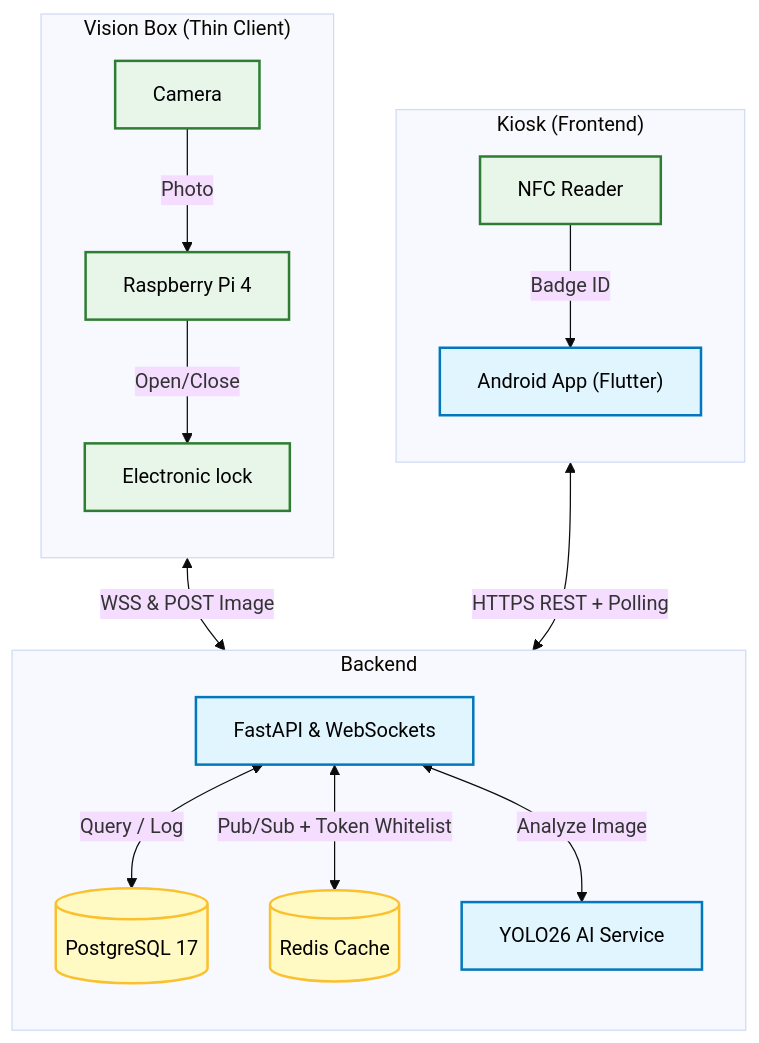
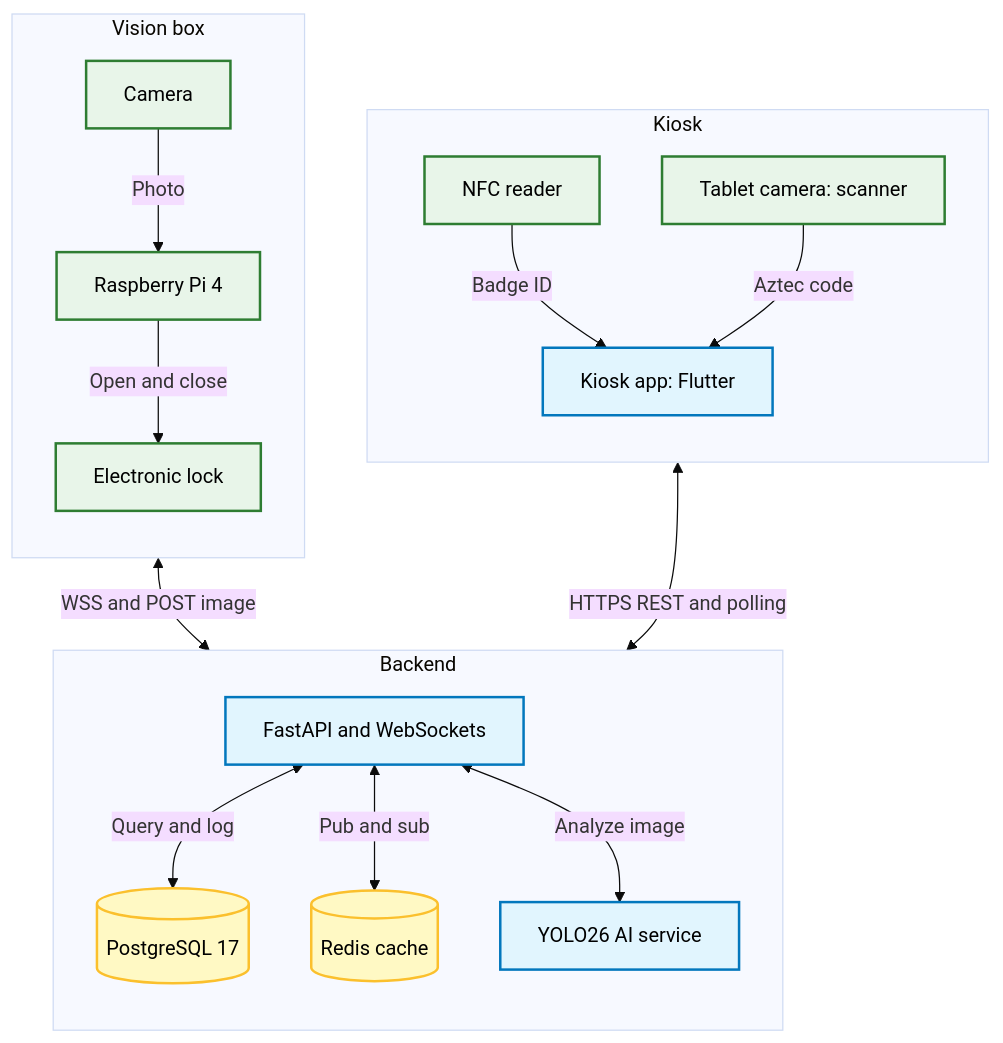
The second of 2 diagrams in docs/architecture/01_topology.md (easylend-practice-enterprise/easylend), drawn with Mermaid (base theme) before and after one commit. The commit also changed other lines of this file and 34 other files, not shown here.

First line of the commit message:
Refactor documentation and architecture for EasyLend

````diff
--- a/docs/architecture/01_topology.md
+++ b/docs/architecture/01_topology.md
@@ -51,42 +48,42 @@
 ```mermaid
 flowchart TD
     %% STYLES
     classDef soft fill:#E1F5FE,stroke:#0277BD,stroke-width:2px,color:#000;
     classDef hard fill:#E8F5E9,stroke:#2E7D32,stroke-width:2px,color:#000;
     classDef data fill:#FFF9C4,stroke:#FBC02d,stroke-width:2px,color:#000;
 
-    %% DOMAIN 1: KIOSK
-    subgraph Kiosk ["Kiosk (Frontend)"]
+    subgraph Kiosk [Kiosk]
         direction TB
-        NFC[NFC Reader]:::hard
-        App["Android App (Flutter)"]:::soft
+        NFC[NFC reader]:::hard
+        CamTab["Tablet camera: scanner"]:::hard
+        App["Kiosk app: Flutter"]:::soft
+
         NFC -->|Badge ID| App
+        CamTab -->|Aztec code| App
     end
 
-    %% DOMAIN 2: BACKEND
-    subgraph Backend ["Backend"]
+    subgraph Backend [Backend]
         direction TB
-        API["FastAPI & WebSockets"]:::soft
-        AIService["YOLO26 AI Service"]:::soft
+        API["FastAPI and WebSockets"]:::soft
+        AIService["YOLO26 AI service"]:::soft
         DB[(PostgreSQL 17)]:::data
-        Redis[(Redis Cache)]:::data
+        Redis[(Redis cache)]:::data
 
-        API <-->|"Query / Log"| DB
-        API <-->|"Pub/Sub + Token Whitelist"| Redis
-        API <-->|"Analyze Image"| AIService
+        API <-->|"Query and log"| DB
+        API <-->|"Pub and sub"| Redis
+        API <-->|"Analyze image"| AIService
     end
 
-    %% DOMAIN 3: VISION BOX
-    subgraph Box ["Vision Box (Thin Client)"]
+    subgraph Box [Vision box]
         direction TB
         RPi["Raspberry Pi 4"]:::hard
         CamBox[Camera]:::hard
-        Lock["Electronic lock"]:::hard
+        Lock[Electronic lock]:::hard
         CamBox -->|Photo| RPi
-        RPi -->|"Open/Close"| Lock
+        RPi -->|"Open and close"| Lock
     end
 
     %% CONNECTIONS
-    App <-->|"HTTPS REST + Polling"| API
-    RPi <-->|"WSS & POST Image"| API
+    App <-->|"HTTPS REST and polling"| API
+    RPi <-->|"WSS and POST image"| API
 ```
````
